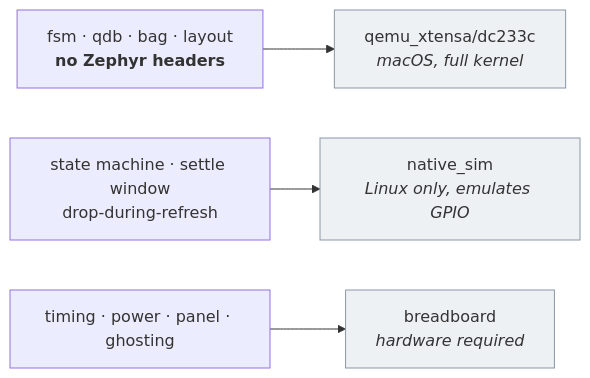
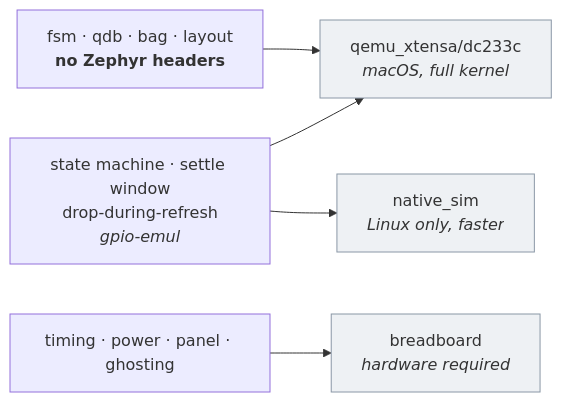
One commit to giacomomellone/cicala changed the seventh of 7 diagrams in docs/firmware_architecture.md. Above: the diagram before and after it, drawn with Mermaid. The commit also changed other lines of this file and 24 other files, not shown here.

````diff
--- a/docs/firmware_architecture.md
+++ b/docs/firmware_architecture.md
@@ -270,9 +270,10 @@
 ```mermaid
 flowchart LR
-    A["fsm · qdb · bag · layout<br/><b>no Zephyr headers</b>"] --> H["qemu_xtensa/dc233c<br/><i>macOS, full kernel</i>"]
-    B["state machine · settle window<br/>drop-during-refresh"] --> N["native_sim<br/><i>Linux only, emulates GPIO</i>"]
+    A["fsm · qdb · bag · layout<br/><b>no Zephyr headers</b>"] --> H
+    B["state machine · settle window<br/>drop-during-refresh<br/><i>gpio-emul</i>"] --> H["qemu_xtensa/dc233c<br/><i>macOS, full kernel</i>"]
+    B --> N["native_sim<br/><i>Linux only, faster</i>"]
     C["timing · power · panel · ghosting"] --> HW["breadboard<br/><i>hardware required</i>"]
 
     classDef t fill:#eef1f4,stroke:#8a97a6
     class H,N,HW t
 ```
````
